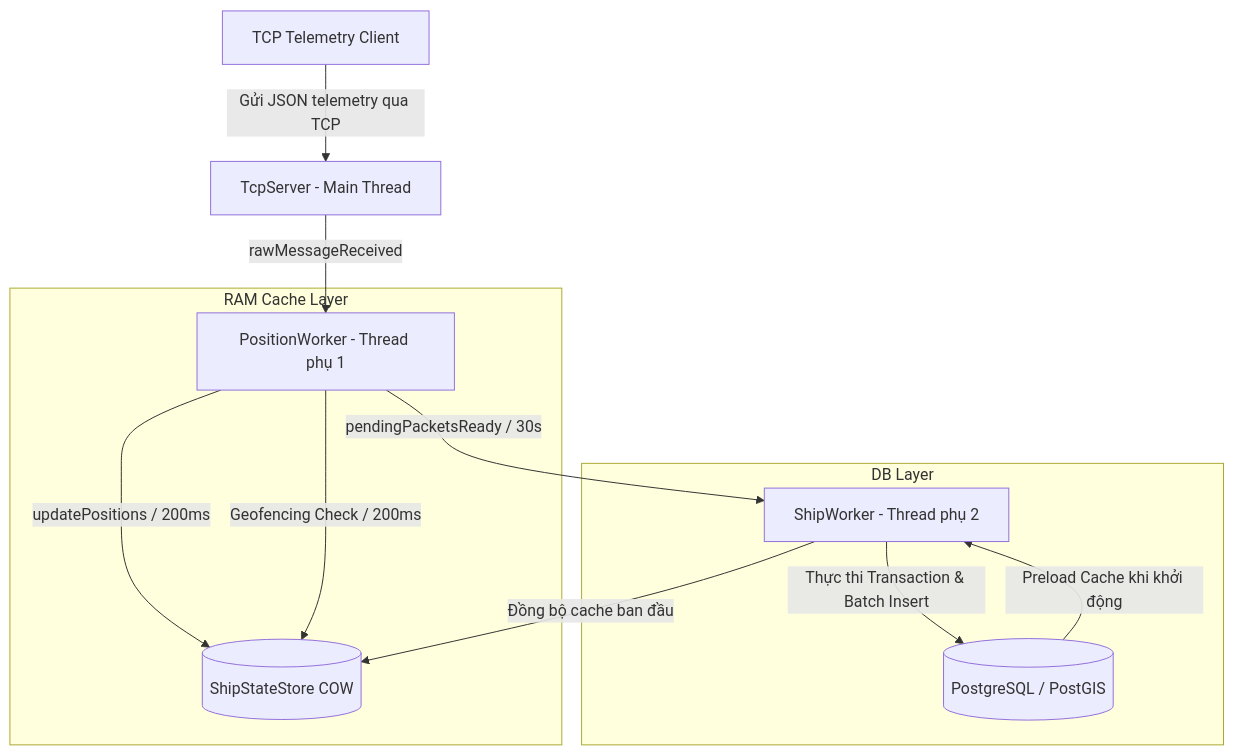
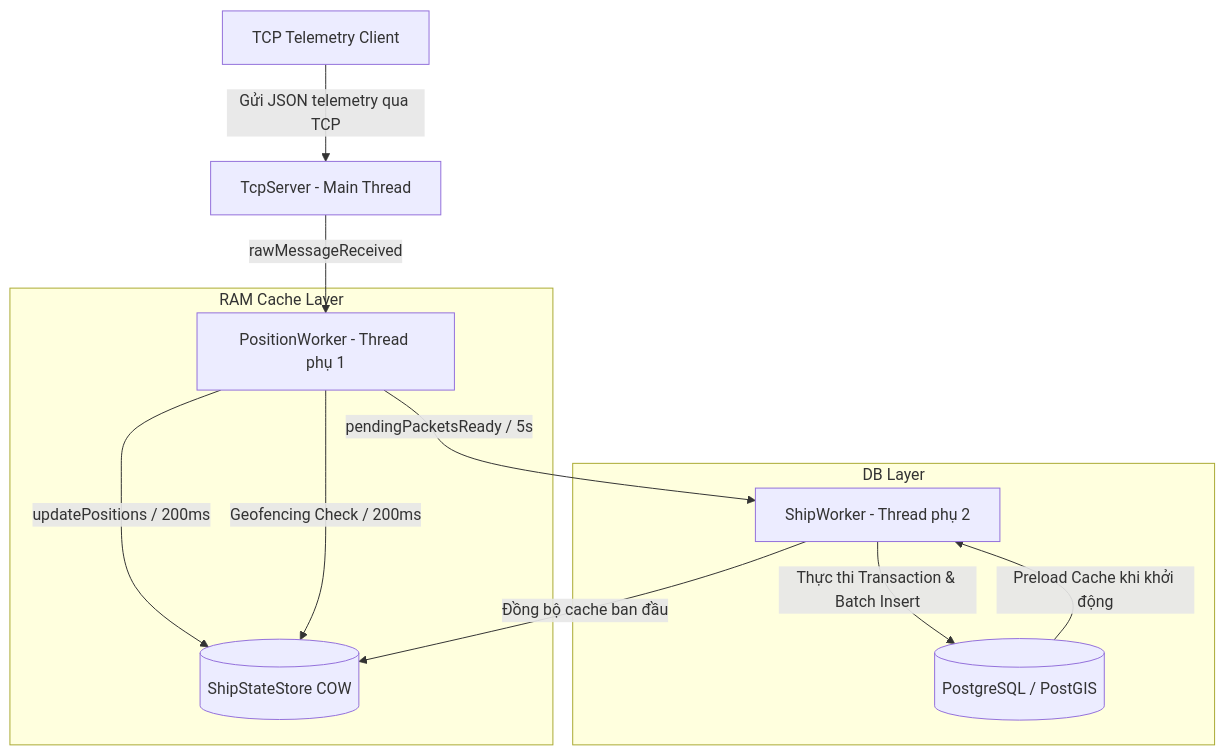
One commit to tongtranbinh/2D_Digital_Map changed the first of 4 diagrams in docs/system_architecture.md. Above: the diagram before and after it, drawn with Mermaid. The commit also changed other lines of this file and 18 other files, not shown here.

````diff
--- a/docs/system_architecture.md
+++ b/docs/system_architecture.md
@@ -15,19 +15,19 @@
 ```mermaid
 graph TD
     Client[TCP Telemetry Client] -->|Gửi JSON telemetry qua TCP| TcpServer[TcpServer - Main Thread]
     
     TcpServer -->|rawMessageReceived| PosWorker[PositionWorker - Thread phụ 1]
     
     subgraph RAM Cache Layer
         PosWorker -->|updatePositions / 200ms| StateStore[(ShipStateStore COW)]
         PosWorker -->|Geofencing Check / 200ms| StateStore
     end
     
-    PosWorker -->|pendingPacketsReady / 30s| ShipWorker[ShipWorker - Thread phụ 2]
+    PosWorker -->|pendingPacketsReady / 5s| ShipWorker[ShipWorker - Thread phụ 2]
     
     subgraph DB Layer
         ShipWorker -->|Thực thi Transaction & Batch Insert| Postgres[(PostgreSQL / PostGIS)]
         Postgres -->|Preload Cache khi khởi động| ShipWorker
         ShipWorker -->|Đồng bộ cache ban đầu| StateStore
     end
 ```
````
